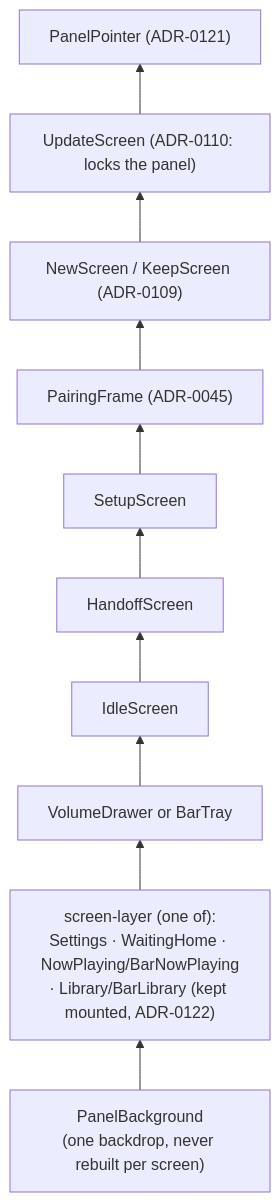
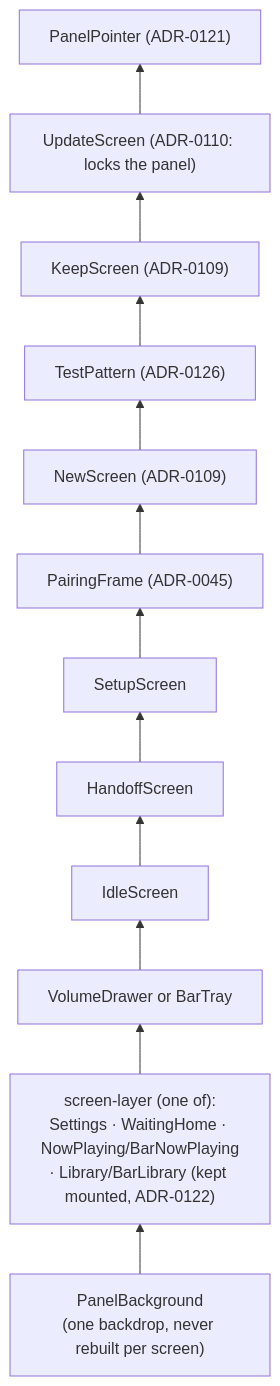
One commit to gcarstoiu/gexis-player changed the third of 7 diagrams in docs/tech/ui.md. Above: the diagram before and after it, drawn with Mermaid. The commit also changed other lines of this file and 5 other files, not shown here.

````diff
--- a/docs/tech/ui.md
+++ b/docs/tech/ui.md
@@ -163,14 +163,16 @@
 ```mermaid
 flowchart BT
   BG["PanelBackground<br/>(one backdrop, never rebuilt per screen)"]
   SL["screen-layer (one of):<br/>Settings · WaitingHome · NowPlaying/BarNowPlaying<br/>· Library/BarLibrary (kept mounted, ADR-0122)"]
   VD["VolumeDrawer or BarTray"]
   ID["IdleScreen"]
   HO["HandoffScreen"]
   SU["SetupScreen"]
   PA["PairingFrame (ADR-0045)"]
-  NS["NewScreen / KeepScreen (ADR-0109)"]
+  NS["NewScreen (ADR-0109)"]
+  TP["TestPattern (ADR-0126)"]
+  KS["KeepScreen (ADR-0109)"]
   UP["UpdateScreen (ADR-0110: locks the panel)"]
   PP["PanelPointer (ADR-0121)"]
-  BG --> SL --> VD --> ID --> HO --> SU --> PA --> NS --> UP --> PP
+  BG --> SL --> VD --> ID --> HO --> SU --> PA --> NS --> TP --> KS --> UP --> PP
 ```
````
